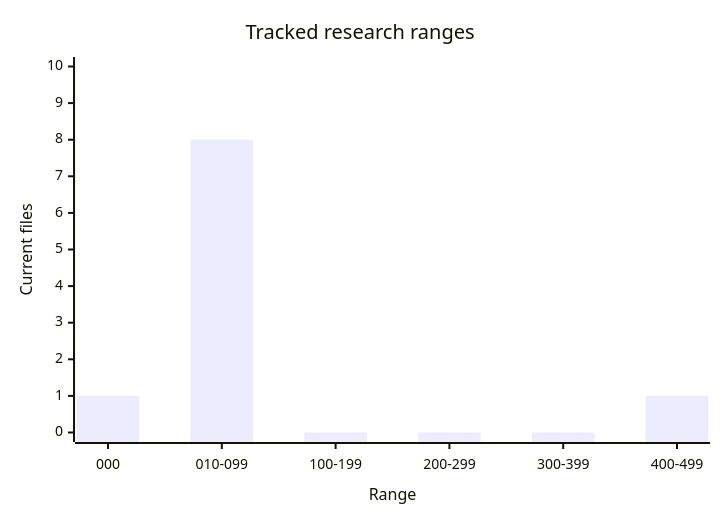
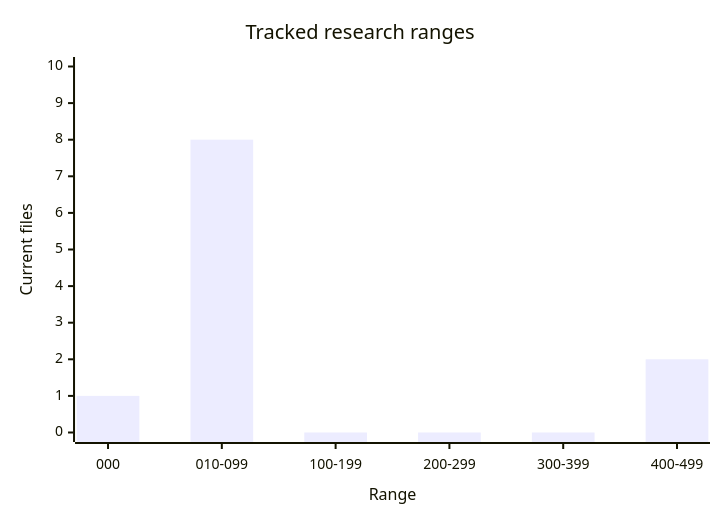
One commit to tryskian/scorey changed the second of 2 diagrams in docs/research/000_LEGEND.md. Above: the diagram before and after it, drawn with Mermaid. The commit also changed other lines of this file and 2 other files, not shown here.

````diff
--- a/docs/research/000_LEGEND.md
+++ b/docs/research/000_LEGEND.md
@@ -55,7 +57,7 @@
 ```mermaid
 xychart-beta
   title "Tracked research ranges"
   x-axis "Range" ["000", "010-099", "100-199", "200-299", "300-399", "400-499"]
   y-axis "Current files" 0 --> 10
-  bar "Files" [1, 8, 0, 0, 0, 1]
+  bar "Files" [1, 8, 0, 0, 0, 2]
 ```
````
